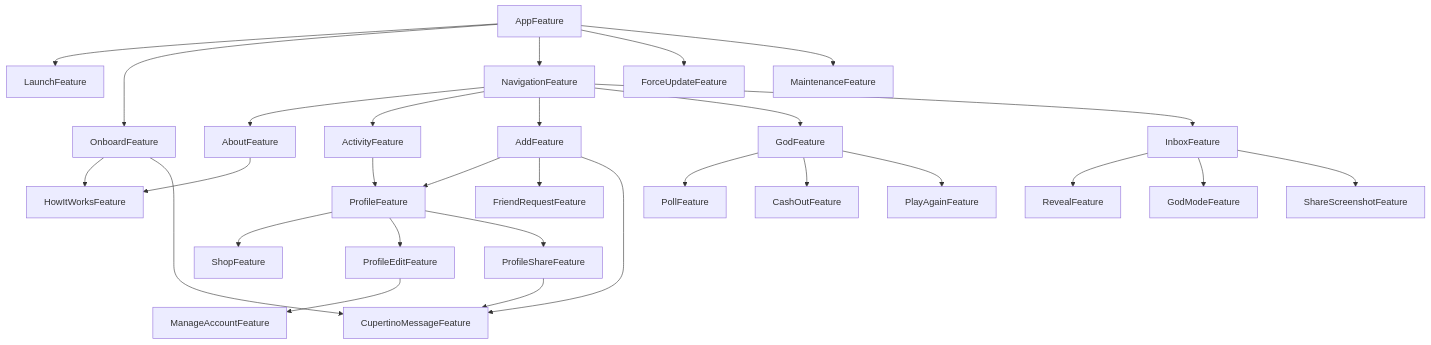
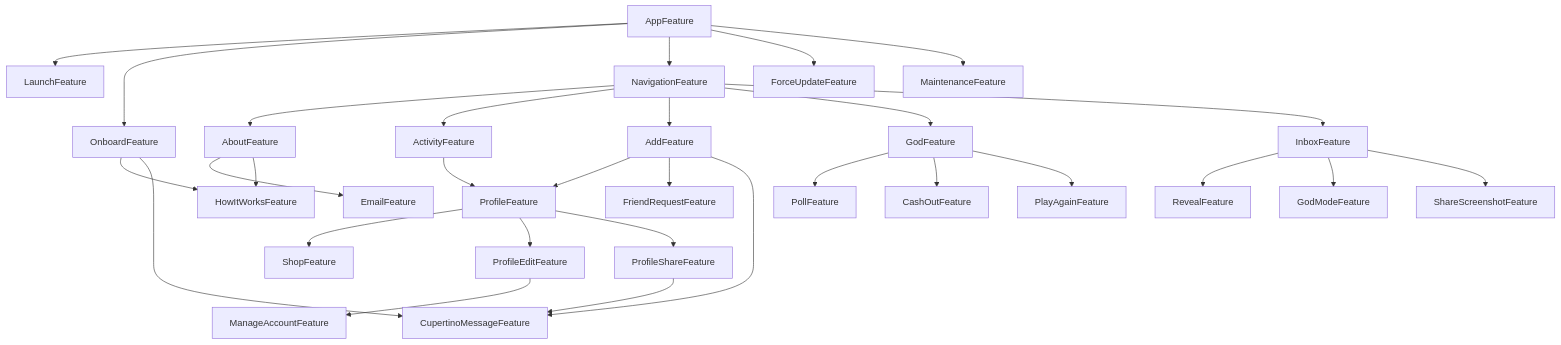
The diagram in Packages/GodPackage/README.md (0x1-company/god-ios), drawn with Mermaid before and after one commit. The commit also changed 1 other file, not shown here.

Commit message:
chore: 🤖 dgraph

````diff
--- a/Packages/GodPackage/README.md
+++ b/Packages/GodPackage/README.md
@@ -6,31 +6,32 @@
 ```mermaid
 graph TD;
+    AboutFeature-->EmailFeature;
     AboutFeature-->HowItWorksFeature;
     ActivityFeature-->ProfileFeature;
     AddFeature-->ProfileFeature;
     AddFeature-->FriendRequestFeature;
     AddFeature-->CupertinoMessageFeature;
     AppFeature-->LaunchFeature;
     AppFeature-->OnboardFeature;
     AppFeature-->NavigationFeature;
     AppFeature-->ForceUpdateFeature;
     AppFeature-->MaintenanceFeature;
     GodFeature-->PollFeature;
     GodFeature-->CashOutFeature;
     GodFeature-->PlayAgainFeature;
     InboxFeature-->RevealFeature;
     InboxFeature-->GodModeFeature;
     InboxFeature-->ShareScreenshotFeature;
     NavigationFeature-->AboutFeature;
     NavigationFeature-->ActivityFeature;
     NavigationFeature-->AddFeature;
     NavigationFeature-->GodFeature;
     NavigationFeature-->InboxFeature;
     OnboardFeature-->HowItWorksFeature;
     OnboardFeature-->CupertinoMessageFeature;
     ProfileEditFeature-->ManageAccountFeature;
     ProfileFeature-->ShopFeature;
     ProfileFeature-->ProfileEditFeature;
     ProfileFeature-->ProfileShareFeature;
     ProfileShareFeature-->CupertinoMessageFeature;
 ```
````
